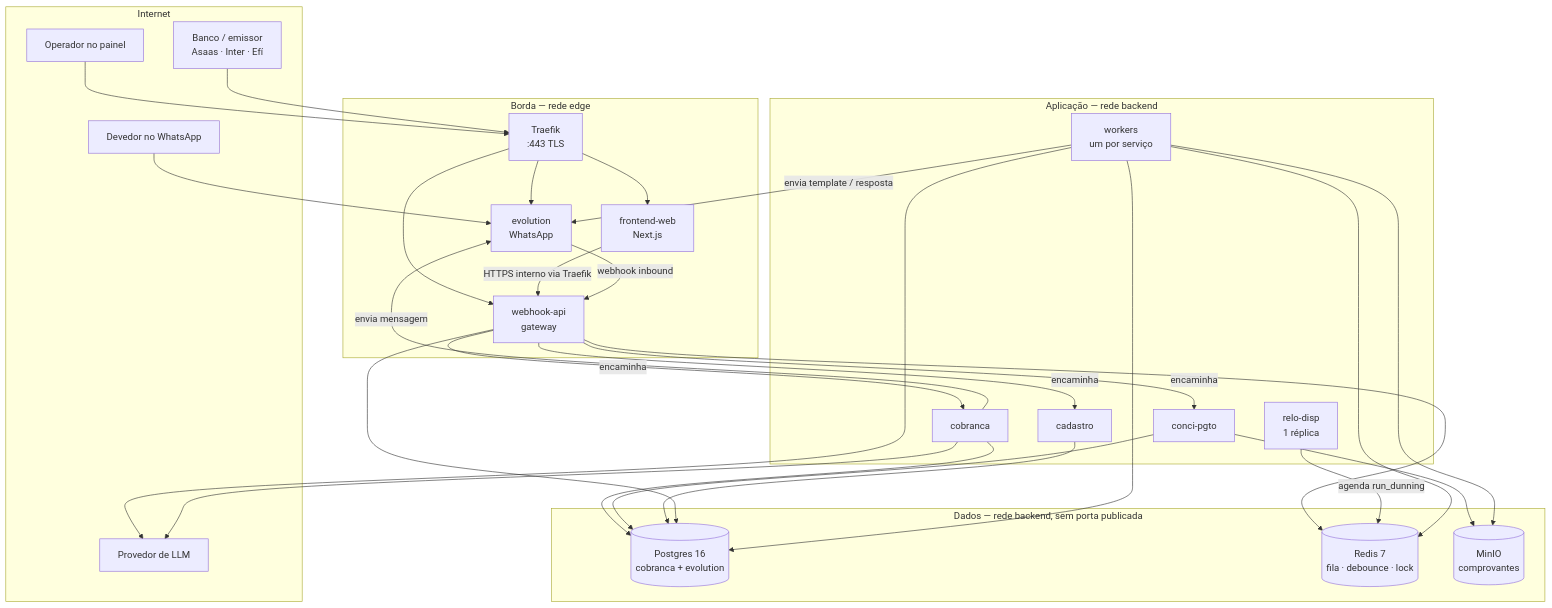
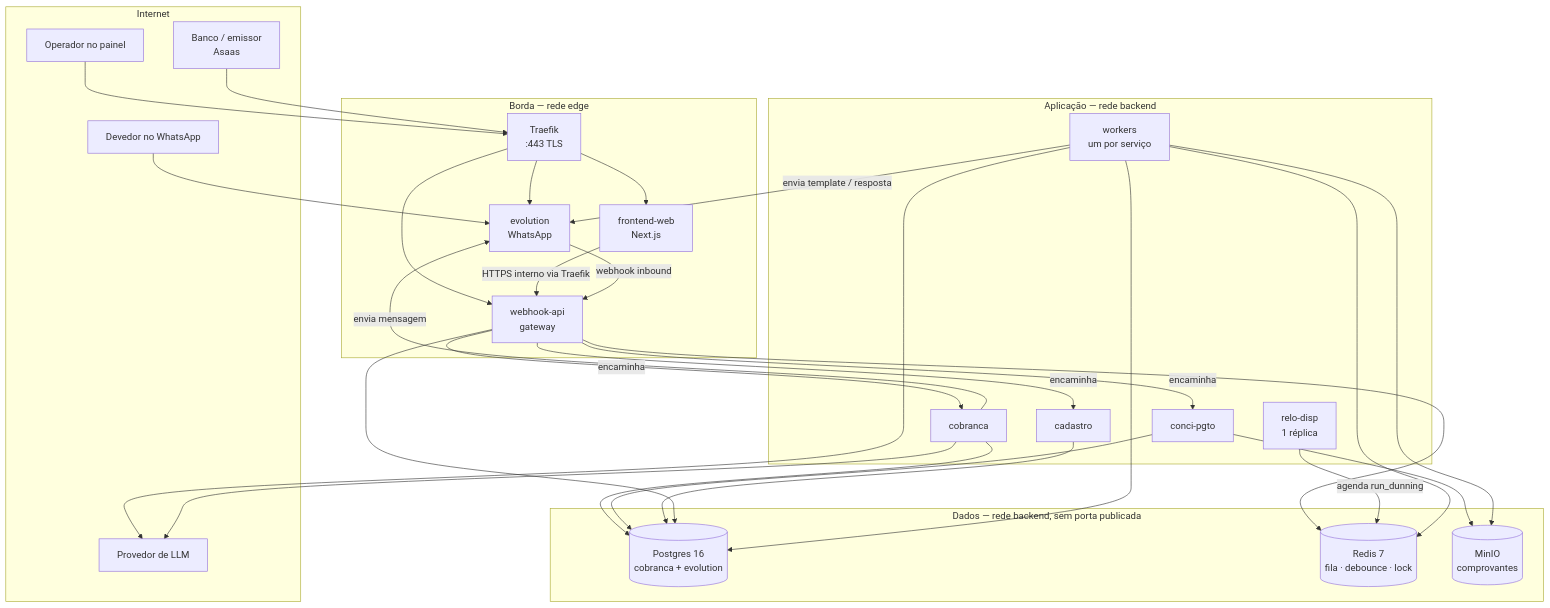
The first of 5 diagrams in ARQUITETURA-DEPLOY.md (faelsou/settlr), drawn with Mermaid before and after one commit. The commit also changed other lines of this file and 21 other files, not shown here.

Commit message:
A documentação descreve o piloto na conta clinica-piloto, na AWS e no domínio settlr.com.br, com Asaas como único emissor e dono do SLO nomeado.

````diff
--- a/ARQUITETURA-DEPLOY.md
+++ b/ARQUITETURA-DEPLOY.md
@@ -55,56 +55,56 @@
 ```mermaid
 flowchart TB
     subgraph Internet
       DEV[Devedor no WhatsApp]
       OPS[Operador no painel]
-      BANK[Banco / emissor<br/>Asaas · Inter · Efí]
+      BANK[Banco / emissor<br/>Asaas]
       LLM[Provedor de LLM]
     end
 
     subgraph Borda["Borda — rede edge"]
       TR[Traefik<br/>:443 TLS]
       WEB[frontend-web<br/>Next.js]
       API[webhook-api<br/>gateway]
       EVO[evolution<br/>WhatsApp]
     end
 
     subgraph App["Aplicação — rede backend"]
       COB[cobranca]
       CON[conci-pgto]
       CAD[cadastro]
       WRK[workers<br/>um por serviço]
       BEAT[relo-disp<br/>1 réplica]
     end
 
     subgraph Dados["Dados — rede backend, sem porta publicada"]
       PG[(Postgres 16<br/>cobranca + evolution)]
       RD[(Redis 7<br/>fila · debounce · lock)]
       S3[(MinIO<br/>comprovantes)]
     end
 
     OPS --> TR
     BANK --> TR
     DEV --> EVO
     TR --> WEB
     TR --> API
     TR --> EVO
     WEB -->|HTTPS interno via Traefik| API
     EVO -->|webhook inbound| API
     API -->|encaminha| COB
     API -->|encaminha| CON
     API -->|encaminha| CAD
     COB -->|envia mensagem| EVO
     COB --> PG
     CON --> PG
     CON --> S3
     CAD --> PG
     API --> PG
     API --> RD
     BEAT -->|agenda run_dunning| RD
     WRK --> RD
     WRK --> PG
     WRK --> S3
     WRK -->|envia template / resposta| EVO
     WRK --> LLM
     COB --> LLM
 ```
````
